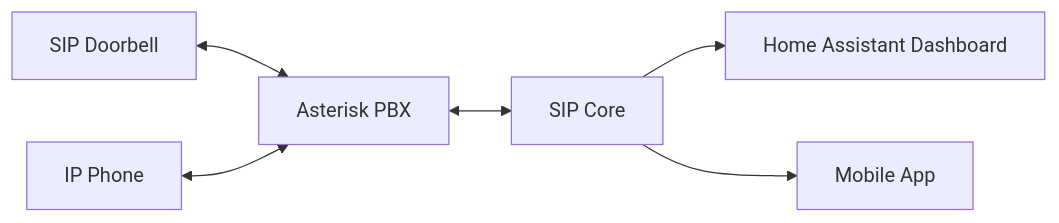
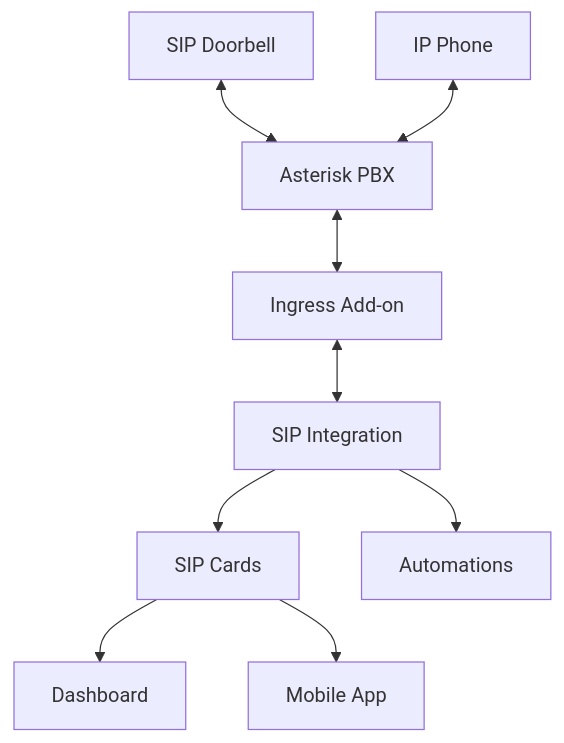
One commit to TECH7Fox/sip-hass-docs changed the diagram in docs/tutorial/what-is-sip.md. Above: the diagram before and after it, drawn with Mermaid. The commit also changed other lines of this file, not shown here.

Commit message:
Update "What is SIP?" tutorial with requested improvements

````diff
--- a/docs/tutorial/what-is-sip.md
+++ b/docs/tutorial/what-is-sip.md
@@ -56,8 +68,11 @@
 ```mermaid
-flowchart LR
+flowchart TB
     A[SIP Doorbell] <--> B[Asterisk PBX]
     C[IP Phone] <--> B
-    B <--> D[SIP Core]
-    D --> E[Home Assistant Dashboard]
-    D --> F[Mobile App]
+    B <--> D[Ingress Add-on]
+    D <--> E[SIP Integration]
+    E --> F[SIP Cards]
+    F --> G[Dashboard]
+    F --> H[Mobile App]
+    E --> I[Automations]
 ```
````
